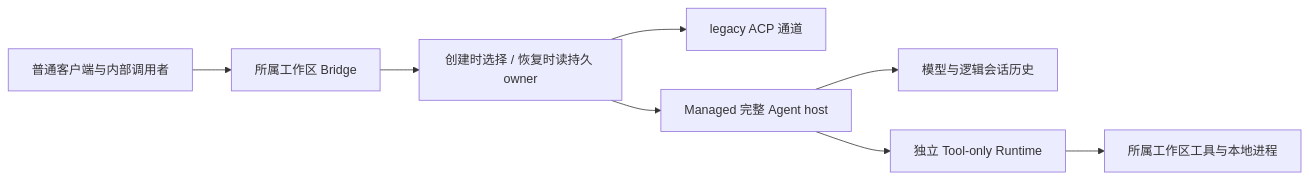
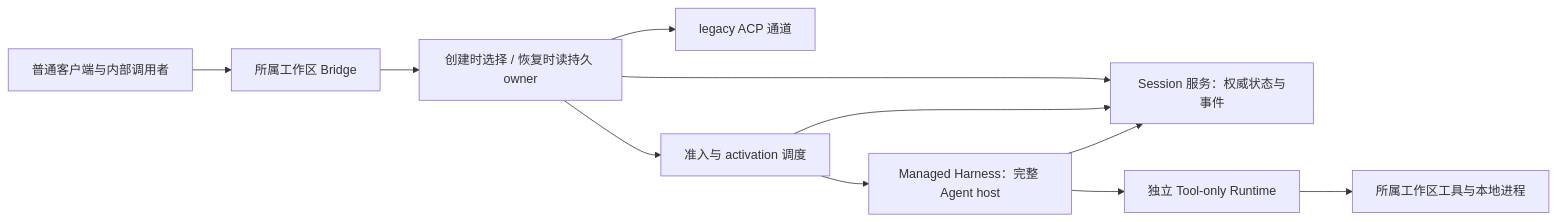
The diagram in qwen-code/feature/managed-agents/managed-agent-daemon-default.md (doudouOUC/code_agent), drawn with Mermaid before and after one commit. The commit also changed other lines of this file and 7 other files, not shown here.

Commit message:
docs: Align Managed Agents global architecture with three-layer design

````diff
--- a/qwen-code/feature/managed-agents/managed-agent-daemon-default.md
+++ b/qwen-code/feature/managed-agents/managed-agent-daemon-default.md
@@ -17,10 +17,13 @@
 ```mermaid
 flowchart LR
     C[普通客户端与内部调用者] --> B[所属工作区 Bridge]
     B --> O[创建时选择 / 恢复时读持久 owner]
     O --> L[legacy ACP 通道]
-    O --> G[Managed 完整 Agent host]
-    G --> M[模型与逻辑会话历史]
+    O --> S[Session 服务：权威状态与事件]
+    O --> A[准入与 activation 调度]
+    A --> S
+    A --> G[Managed Harness：完整 Agent host]
+    G --> S
     G --> R[独立 Tool-only Runtime]
     R --> W[所属工作区工具与本地进程]
 ```
````
